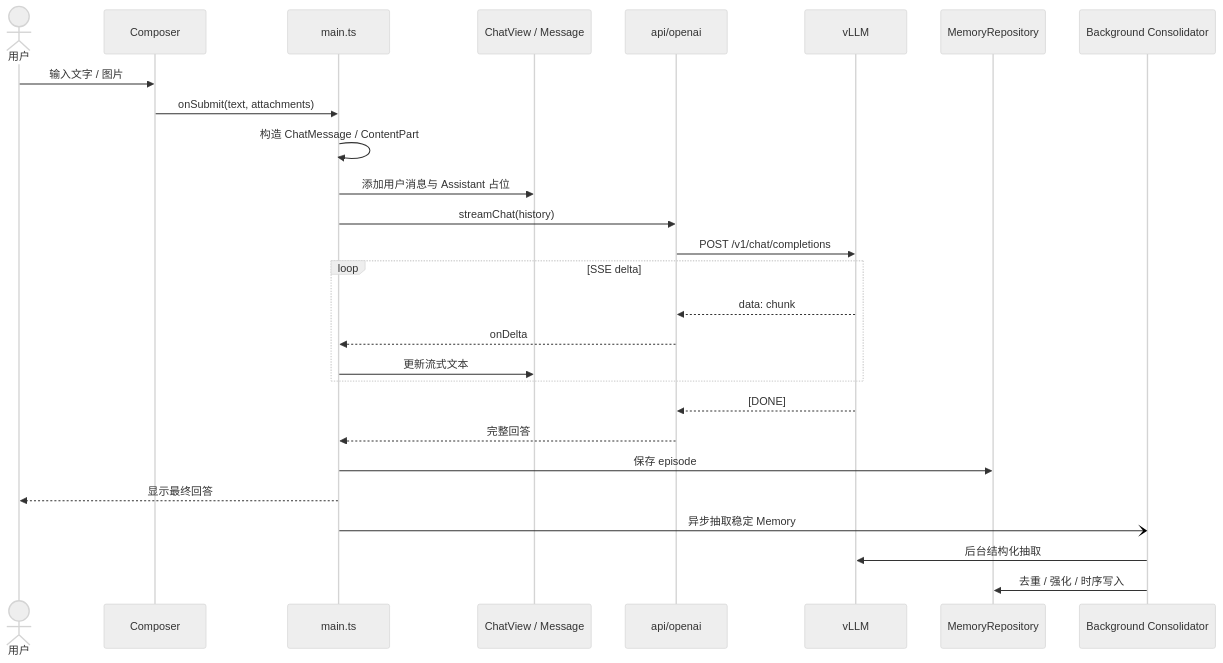
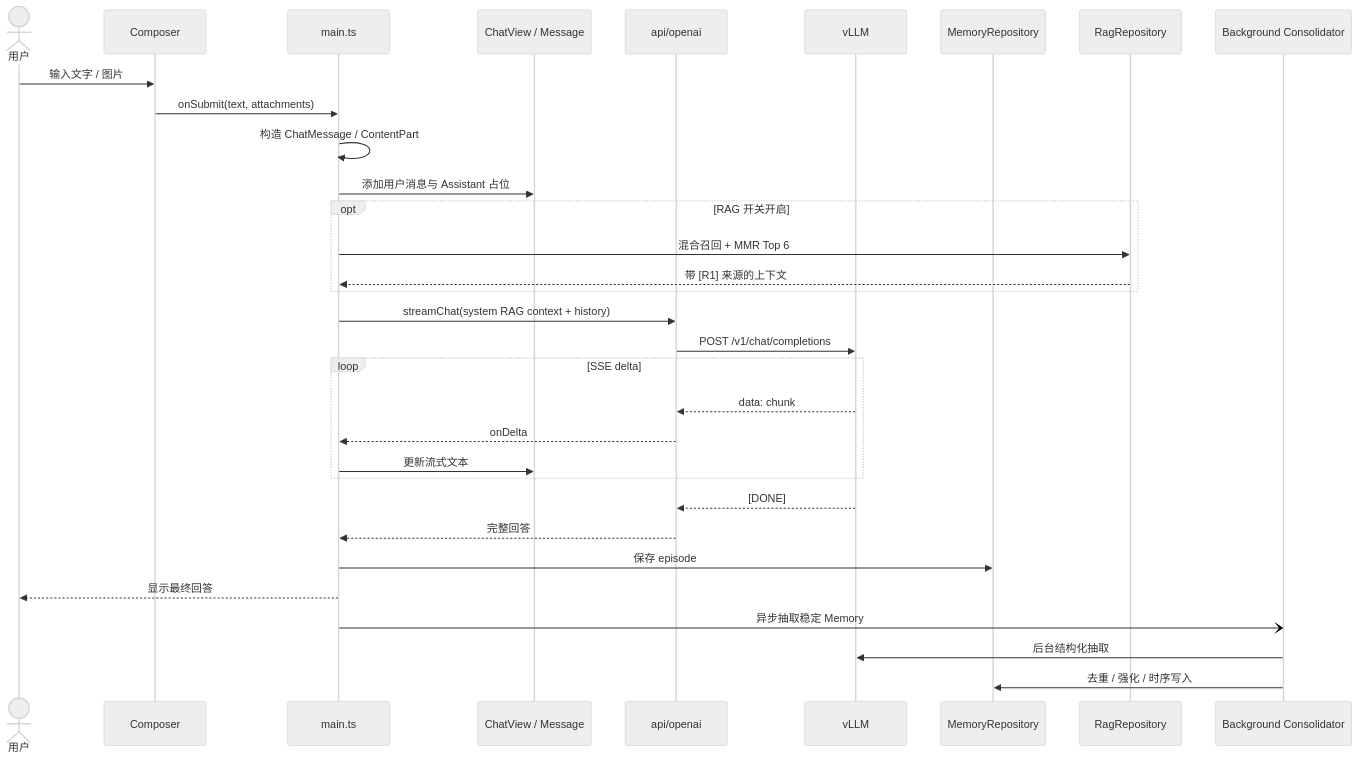
One commit to lijiajia96/llm-local changed the fourth of 17 diagrams in ARCHITECTURE.md. Above: the diagram before and after it, drawn with Mermaid (neutral theme). The commit also changed other lines of this file and 28 other files, not shown here.

````diff
--- a/ARCHITECTURE.md
+++ b/ARCHITECTURE.md
@@ -193,30 +209,35 @@
 ```mermaid
 sequenceDiagram
     actor U as 用户
     participant C as Composer
     participant M as main.ts
     participant V as ChatView / Message
     participant API as api/openai
     participant L as vLLM
     participant MR as MemoryRepository
+    participant RAG as RagRepository
     participant BG as Background Consolidator
 
     U->>C: 输入文字 / 图片
     C->>M: onSubmit(text, attachments)
     M->>M: 构造 ChatMessage / ContentPart
     M->>V: 添加用户消息与 Assistant 占位
-    M->>API: streamChat(history)
+    opt RAG 开关开启
+        M->>RAG: 混合召回 + MMR Top 6
+        RAG-->>M: 带 [R1] 来源的上下文
+    end
+    M->>API: streamChat(system RAG context + history)
     API->>L: POST /v1/chat/completions
     loop SSE delta
         L-->>API: data: chunk
         API-->>M: onDelta
         M->>V: 更新流式文本
     end
     L-->>API: [DONE]
     API-->>M: 完整回答
     M->>MR: 保存 episode
     M-->>U: 显示最终回答
     M-)BG: 异步抽取稳定 Memory
     BG->>L: 后台结构化抽取
     BG->>MR: 去重 / 强化 / 时序写入
 ```
````
